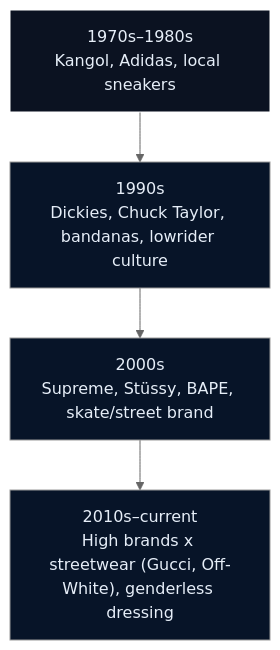
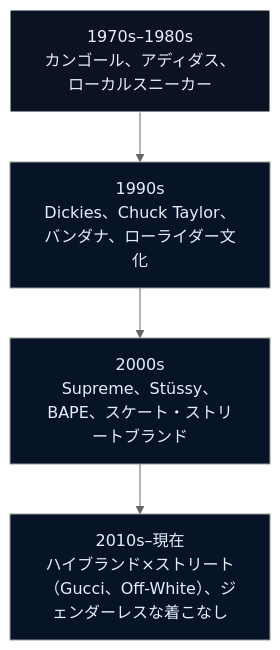
Before and after one commit to monumental-movement/monumental-movement.github.io: the diagram in en/_posts/2025-09-20-Column-Westcoast-Hiphop-History.md, drawn with Mermaid (neutral theme). The commit also changed other lines of this file and 1701 other files, not shown here.

```diff
--- a/en/_posts/2025-09-20-Column-Westcoast-Hiphop-History.md
+++ b/en/_posts/2025-09-20-Column-Westcoast-Hiphop-History.md
@@ -162,10 +153,10 @@
 <div class="mermaid">
 flowchart TD
-style A fill:#0b1221,stroke:#ffffff,stroke-width:1px
-A["1970s–1980s\nKangol, Adidas, local sneakers"] --> B["1990s\nDickies, Chuck Taylor, bandanas, lowrider culture"]
-B --> C["2000s\nSupreme, Stüssy, BAPE, skate/street brand"]
-C --> D["2010s–current\nHigh brands x streetwear (Gucci, Off-White), genderless dressing"]
+  style A fill:#0b1221,stroke:#ffffff,stroke-width:1px
+  A["1970s–1980s\nカンゴール、アディダス、ローカルスニーカー"] --> B["1990s\nDickies、Chuck Taylor、バンダナ、ローライダー文化"]
+  B --> C["2000s\nSupreme、Stüssy、BAPE、スケート・ストリートブランド"]
+  C --> D["2010s–現在\nハイブランド×ストリート（Gucci、Off-White）、ジェンダーレスな着こなし"]
 
-classDef decades fill:#071428,color:#e6eef8
-class A,B,C,D decades
+  classDef decades fill:#071428,color:#e6eef8
+  class A,B,C,D decades
 </div>
```
